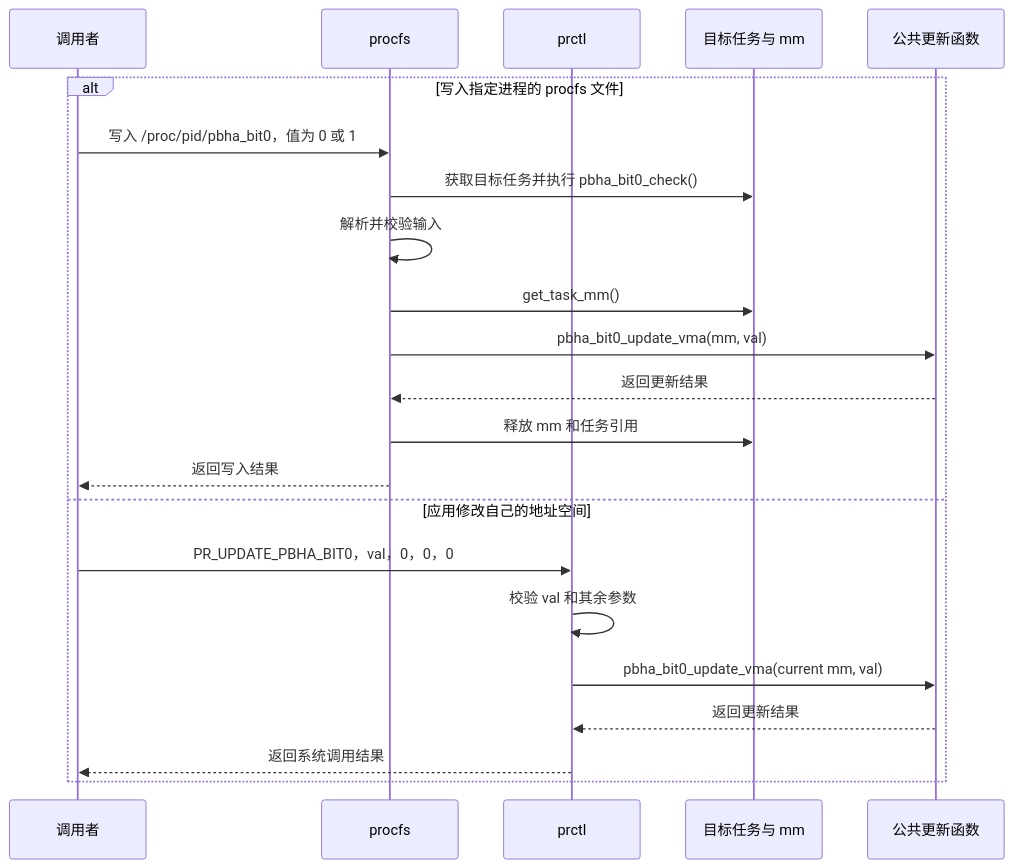
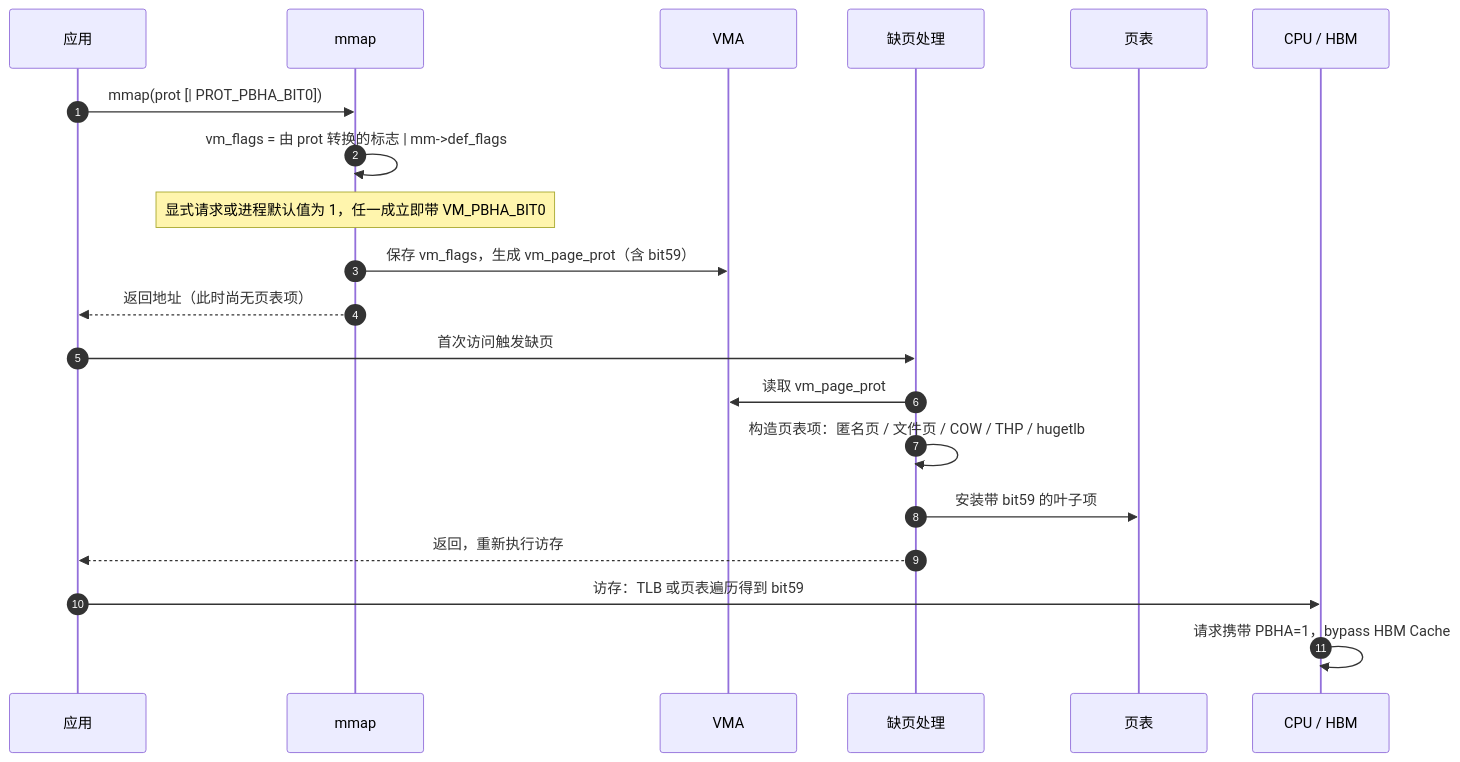
Before and after one commit to xpzgg/llm-archive: the third of 6 diagrams in PBHA特性设计说明书.md, drawn with Mermaid. The commit also changed other lines of this file, not shown here.

First line of the commit message:
docs: 重写 PBHA 设计说明书，按流程给出时序图与测试要点

````diff
--- a/PBHA特性设计说明书.md
+++ b/PBHA特性设计说明书.md
@@ -258,24 +151,23 @@
 ```mermaid
 sequenceDiagram
-    participant U as 调用者
-    participant PROC as procfs
-    participant PR as prctl
-    participant TASK as 目标任务与 mm
-    participant UPDATE as 公共更新函数
-    alt 写入指定进程的 procfs 文件
-        U->>PROC: 写入 /proc/pid/pbha_bit0，值为 0 或 1
-        PROC->>TASK: 获取目标任务并执行 pbha_bit0_check()
-        PROC->>PROC: 解析并校验输入
-        PROC->>TASK: get_task_mm()
-        PROC->>UPDATE: pbha_bit0_update_vma(mm, val)
-        UPDATE-->>PROC: 返回更新结果
-        PROC->>TASK: 释放 mm 和任务引用
-        PROC-->>U: 返回写入结果
-    else 应用修改自己的地址空间
-        U->>PR: PR_UPDATE_PBHA_BIT0，val，0，0，0
-        PR->>PR: 校验 val 和其余参数
-        PR->>UPDATE: pbha_bit0_update_vma(current mm, val)
-        UPDATE-->>PR: 返回更新结果
-        PR-->>U: 返回系统调用结果
-    end
+    autonumber
+    participant APP as 应用
+    participant MMAP as mmap
+    participant VMA as VMA
+    participant FAULT as 缺页处理
+    participant PT as 页表
+    participant HW as CPU / HBM
+
+    APP->>MMAP: mmap(prot [| PROT_PBHA_BIT0])
+    MMAP->>MMAP: vm_flags = 由 prot 转换的标志 | mm->def_flags
+    Note over MMAP: 显式请求或进程默认值为 1，任一成立即带 VM_PBHA_BIT0
+    MMAP->>VMA: 保存 vm_flags，生成 vm_page_prot（含 bit59）
+    MMAP-->>APP: 返回地址（此时尚无页表项）
+    APP->>FAULT: 首次访问触发缺页
+    FAULT->>VMA: 读取 vm_page_prot
+    FAULT->>FAULT: 构造页表项：匿名页 / 文件页 / COW / THP / hugetlb
+    FAULT->>PT: 安装带 bit59 的叶子项
+    FAULT-->>APP: 返回，重新执行访存
+    APP->>HW: 访存：TLB 或页表遍历得到 bit59
+    HW->>HW: 请求携带 PBHA=1，bypass HBM Cache
 ```
````
